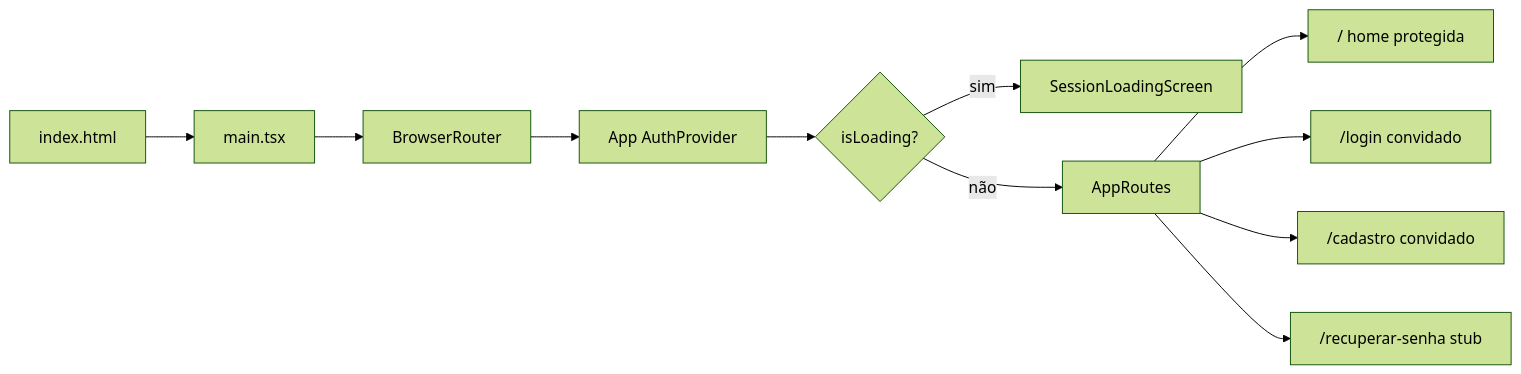
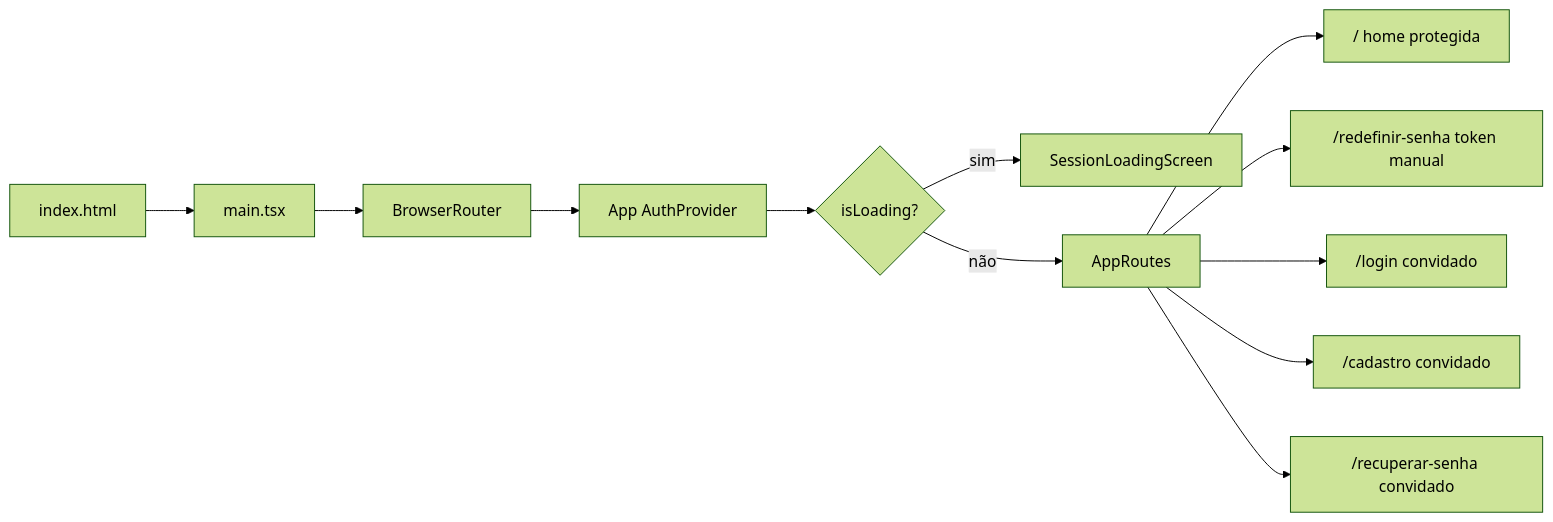
The diagram in docs/ESTADO-ATUAL.md (thesignsSS/rafael-bot-app), drawn with Mermaid (forest theme) before and after one commit. The commit also changed other lines of this file and 11 other files, not shown here.

````diff
--- a/docs/ESTADO-ATUAL.md
+++ b/docs/ESTADO-ATUAL.md
@@ -74,13 +77,14 @@
 ```mermaid
 flowchart LR
   indexHtml[index.html] --> mainTsx[main.tsx]
   mainTsx --> router[BrowserRouter]
   router --> app[App AuthProvider]
   app --> loading{isLoading?}
   loading -->|sim| spinner[SessionLoadingScreen]
   loading -->|não| routes[AppRoutes]
   routes --> home["/ home protegida"]
+  routes --> redefinir["/redefinir-senha token manual"]
   routes --> login["/login convidado"]
   routes --> cadastro["/cadastro convidado"]
-  routes --> recuperar["/recuperar-senha stub"]
+  routes --> recuperar["/recuperar-senha convidado"]
 ```
````
